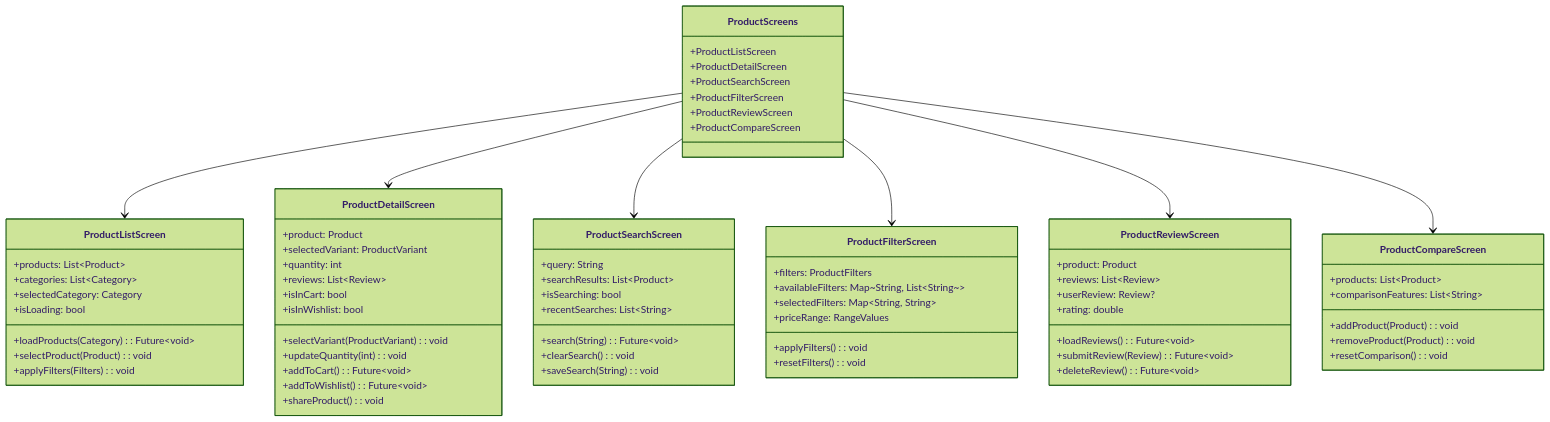
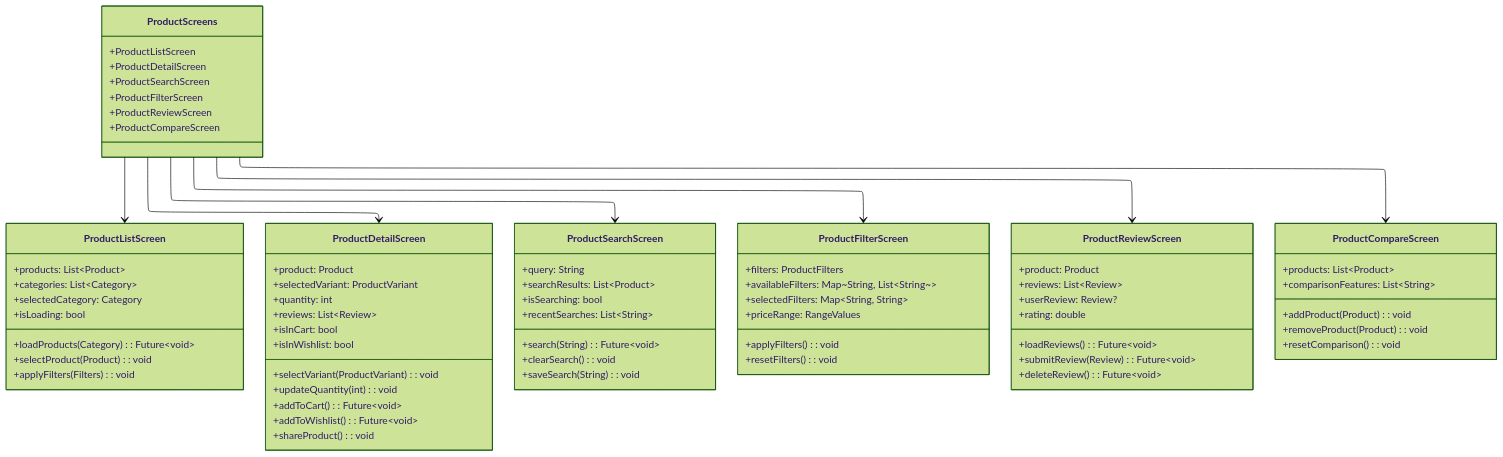
One commit to GeniusSystems24/genius_store changed the first of 2 diagrams in lib/presentation/screens/product/README.md. Above: the diagram before and after it, drawn with Mermaid (forest theme). The commit also changed other lines of this file and 60 other files, not shown here.

Commit message:
- add animations to diagrams.

````diff
--- a/lib/presentation/screens/product/README.md
+++ b/lib/presentation/screens/product/README.md
@@ -20,4 +20,9 @@
 ```mermaid
+---
+config:
+  look: classic
+  layout: elk
+---
 classDiagram
     class ProductScreens {
         +ProductListScreen
````
